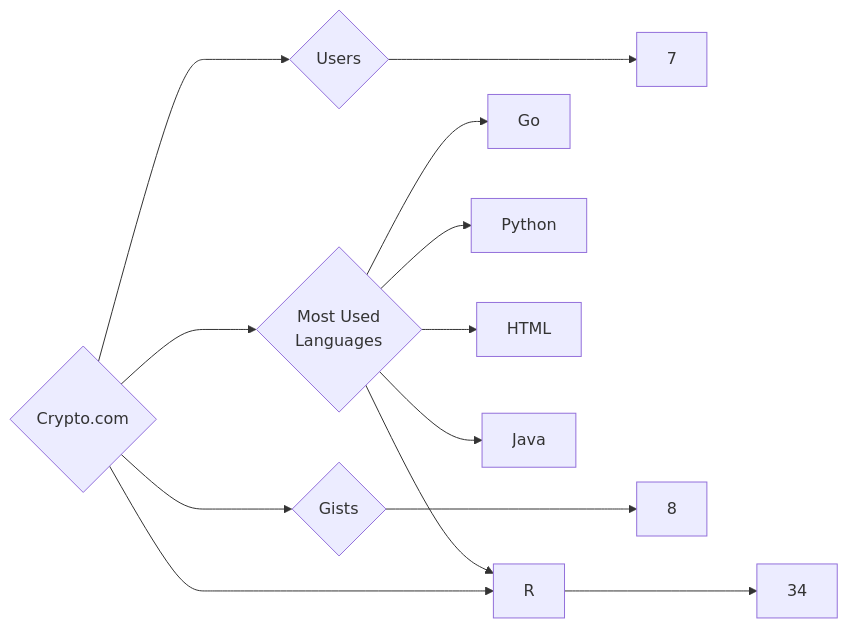
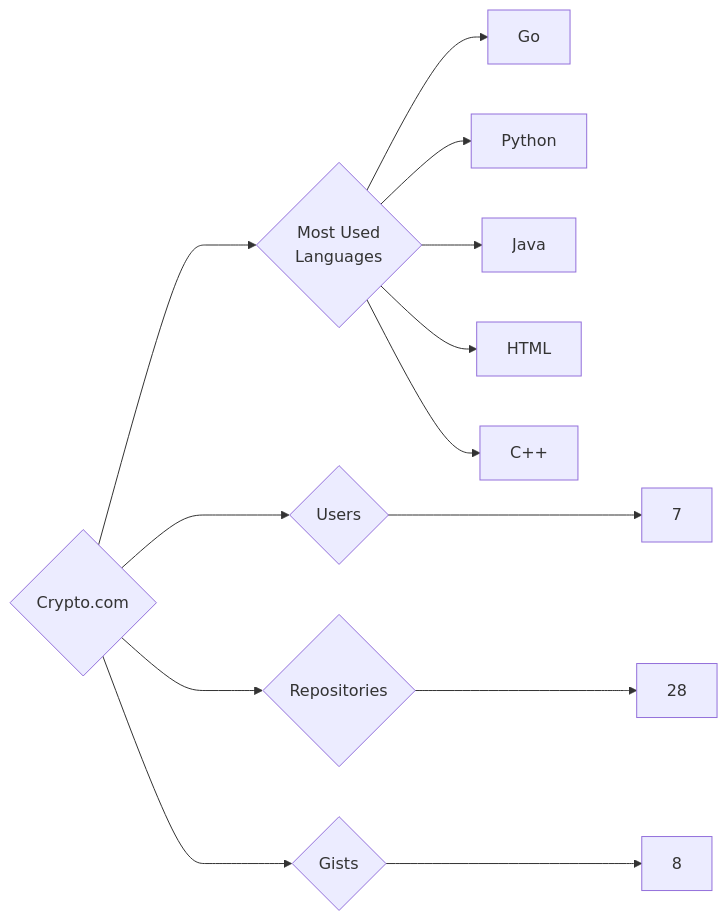
Before and after one commit to trickest/insiders: the diagram in targets/Crypto.com/README.md, drawn with Mermaid. The commit also changed 1088 other files, not shown here.

````diff
--- a/targets/Crypto.com/README.md
+++ b/targets/Crypto.com/README.md
@@ -3,13 +3,13 @@
 ```mermaid
 graph LR
 COMPANY_NAME{Crypto.com}
 COMPANY_NAME ---> U{Users} ---> UN[7]
-COMPANY_NAME ---> R{Repositories} ---> RN[34]
+COMPANY_NAME ---> R{Repositories} ---> RN[28]
 COMPANY_NAME ---> G{Gists} ---> GN[8]
 COMPANY_NAME ---> ML{Most Used<br>Languages}
 ML --> Go[Go]
 ML --> Python[Python]
+ML --> Java[Java]
 ML --> HTML[HTML]
-ML --> R[R]
-ML --> Java[Java]
+ML --> C++[C++]
 ```
````
